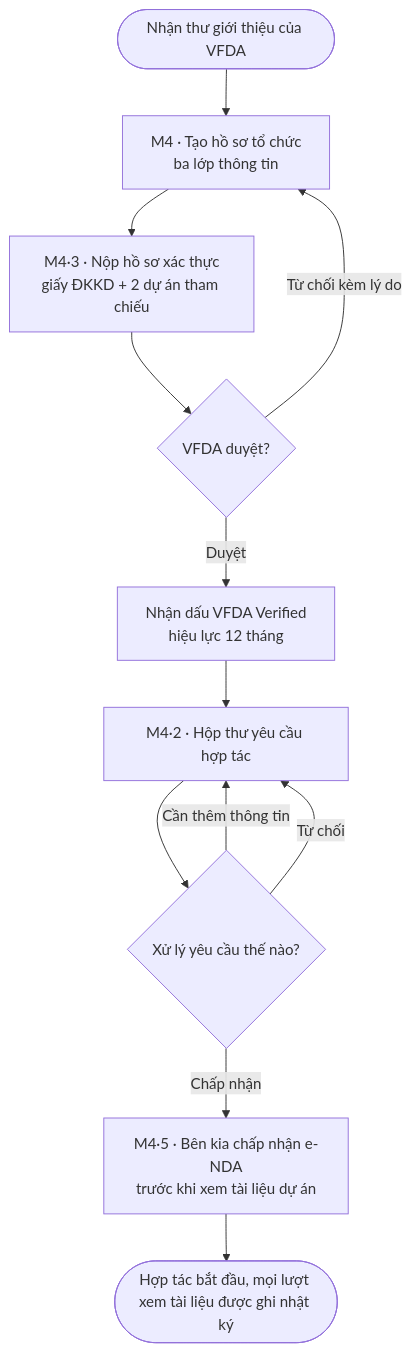
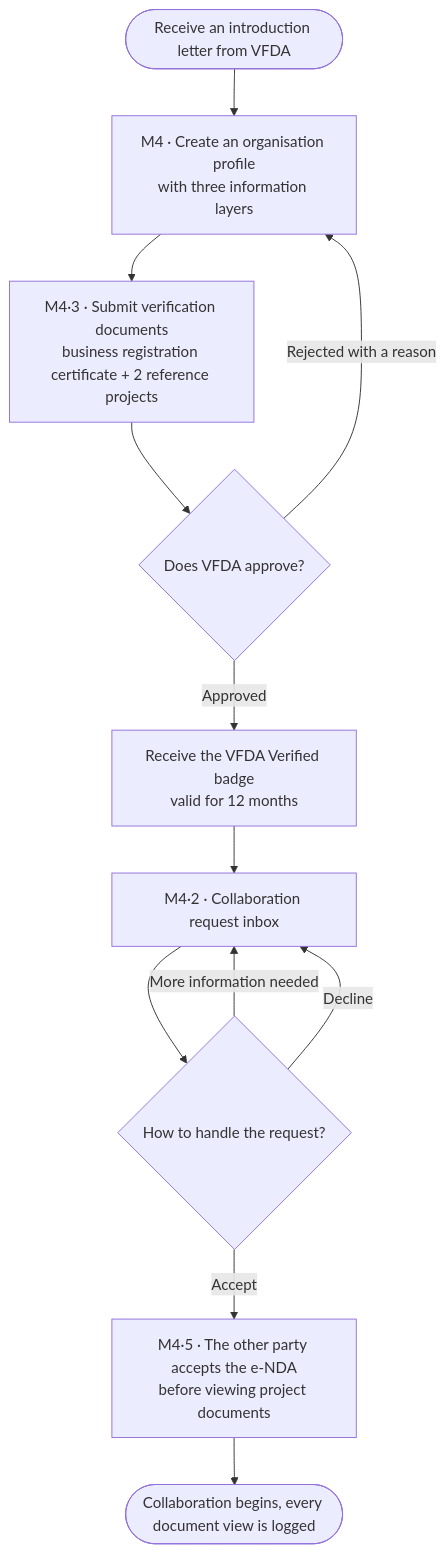
One commit to namnt2005/CINEMATCH-DBIZ3.TeamC changed the third of 6 diagrams in docs/architecture/usage-flow.md. Above: the diagram before and after it, drawn with Mermaid. The commit also changed other lines of this file and 92 other files, not shown here.

````diff
--- a/docs/architecture/usage-flow.md
+++ b/docs/architecture/usage-flow.md
@@ -51,14 +51,14 @@
 ```mermaid
 flowchart TD
-    S(["Nhận thư giới thiệu của VFDA"]) --> P["M4 · Tạo hồ sơ tổ chức<br/>ba lớp thông tin"]
-    P --> V["M4·3 · Nộp hồ sơ xác thực<br/>giấy ĐKKD + 2 dự án tham chiếu"]
-    V --> Q1{"VFDA duyệt?"}
-    Q1 -- "Từ chối kèm lý do" --> P
-    Q1 -- "Duyệt" --> BADGE["Nhận dấu VFDA Verified<br/>hiệu lực 12 tháng"]
-    BADGE --> INBOX["M4·2 · Hộp thư yêu cầu hợp tác"]
-    INBOX --> Q2{"Xử lý yêu cầu thế nào?"}
-    Q2 -- "Cần thêm thông tin" --> INBOX
-    Q2 -- "Từ chối" --> INBOX
-    Q2 -- "Chấp nhận" --> NDA["M4·5 · Bên kia chấp nhận e-NDA<br/>trước khi xem tài liệu dự án"]
-    NDA --> E(["Hợp tác bắt đầu, mọi lượt xem tài liệu được ghi nhật ký"])
+    S(["Receive an introduction letter from VFDA"]) --> P["M4 · Create an organisation profile<br/>with three information layers"]
+    P --> V["M4·3 · Submit verification documents<br/>business registration certificate + 2 reference projects"]
+    V --> Q1{"Does VFDA approve?"}
+    Q1 -- "Rejected with a reason" --> P
+    Q1 -- "Approved" --> BADGE["Receive the VFDA Verified badge<br/>valid for 12 months"]
+    BADGE --> INBOX["M4·2 · Collaboration request inbox"]
+    INBOX --> Q2{"How to handle the request?"}
+    Q2 -- "More information needed" --> INBOX
+    Q2 -- "Decline" --> INBOX
+    Q2 -- "Accept" --> NDA["M4·5 · The other party accepts the e-NDA<br/>before viewing project documents"]
+    NDA --> E(["Collaboration begins, every document view is logged"])
 ```
````
